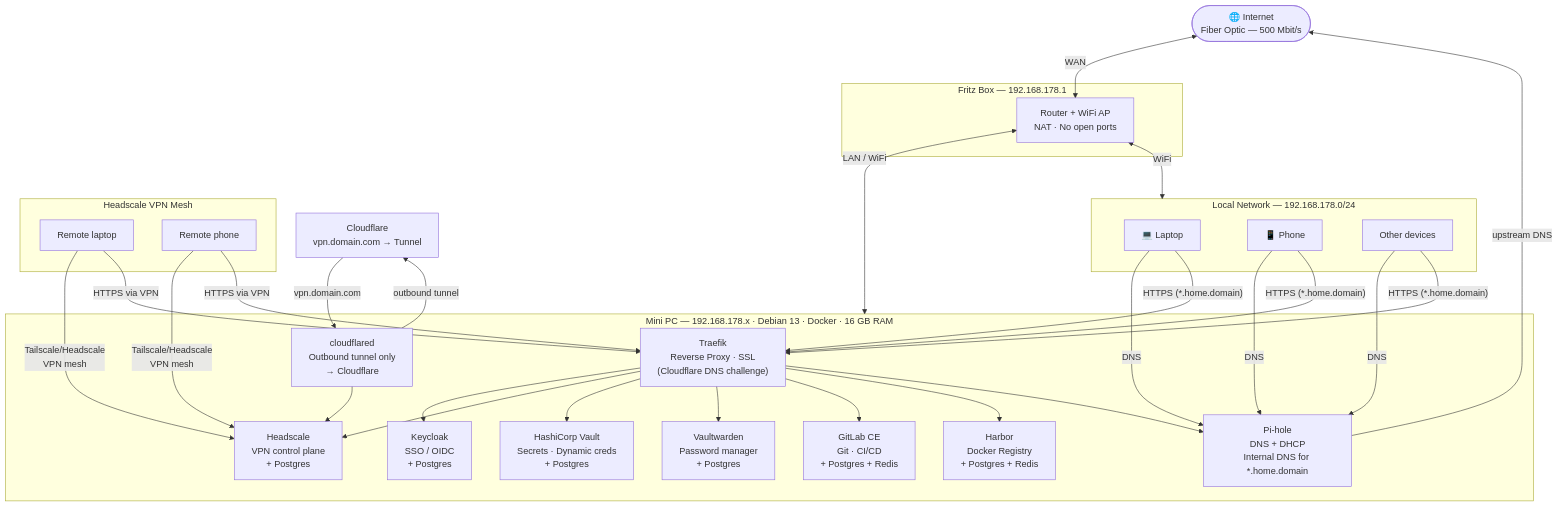
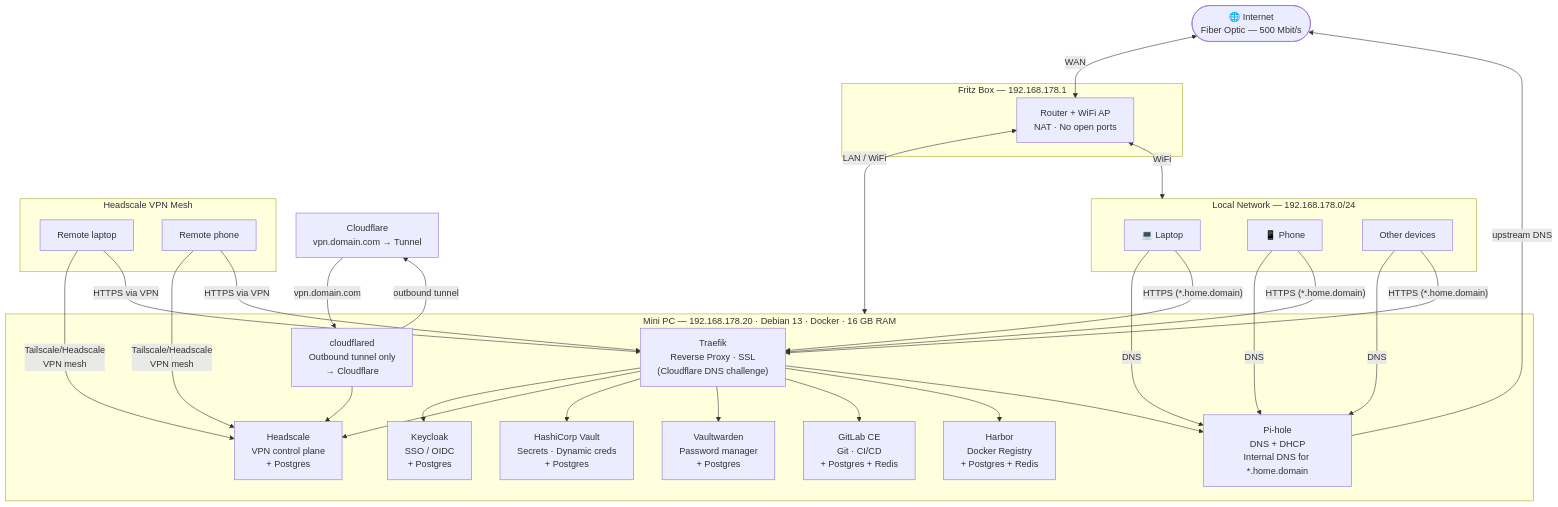
The diagram in INFRASTRUCTURE.md (PhilippTheServer/homelab), drawn with Mermaid before and after one commit. The commit also changed other lines of this file and 1 other file, not shown here.

````diff
--- a/INFRASTRUCTURE.md
+++ b/INFRASTRUCTURE.md
@@ -13,48 +13,48 @@
 ```mermaid
 graph TD
     INET(["🌐 Internet\nFiber Optic — 500 Mbit/s"])
     CF["Cloudflare\nvpn.domain.com → Tunnel"]
 
     subgraph Router ["Fritz Box — 192.168.178.1"]
         FB["Router + WiFi AP\nNAT · No open ports"]
     end
 
-    subgraph MiniPC ["Mini PC — 192.168.178.x · Debian 13 · Docker · 16 GB RAM"]
+    subgraph MiniPC ["Mini PC — 192.168.178.20 · Debian 13 · Docker · 16 GB RAM"]
         Traefik["Traefik\nReverse Proxy · SSL\n(Cloudflare DNS challenge)"]
         cloudflared["cloudflared\nOutbound tunnel only\n→ Cloudflare"]
         PH["Pi-hole\nDNS + DHCP\nInternal DNS for *.home.domain"]
         KC["Keycloak\nSSO / OIDC\n+ Postgres"]
         HS["Headscale\nVPN control plane\n+ Postgres"]
         HCV["HashiCorp Vault\nSecrets · Dynamic creds\n+ Postgres"]
         VW["Vaultwarden\nPassword manager\n+ Postgres"]
         GL["GitLab CE\nGit · CI/CD\n+ Postgres + Redis"]
         HB["Harbor\nDocker Registry\n+ Postgres + Redis"]
     end
 
     subgraph LAN ["Local Network — 192.168.178.0/24"]
         C1["💻 Laptop"]
         C2["📱 Phone"]
         C3["Other devices"]
     end
 
     subgraph VPN ["Headscale VPN Mesh"]
         V1["Remote laptop"]
         V2["Remote phone"]
     end
 
     INET <-->|"WAN"| FB
     FB <-->|"LAN / WiFi"| MiniPC
     FB <-->|"WiFi"| LAN
     cloudflared -->|"outbound tunnel"| CF
     CF -->|"vpn.domain.com"| cloudflared
     cloudflared --> HS
 
     C1 & C2 & C3 -->|"DNS"| PH
     PH -->|"upstream DNS"| INET
     C1 & C2 & C3 -->|"HTTPS (*.home.domain)"| Traefik
 
     V1 & V2 -->|"Tailscale/Headscale\nVPN mesh"| HS
     V1 & V2 -->|"HTTPS via VPN"| Traefik
 
     Traefik --> KC & HS & HCV & VW & GL & HB & PH
 ```
````
